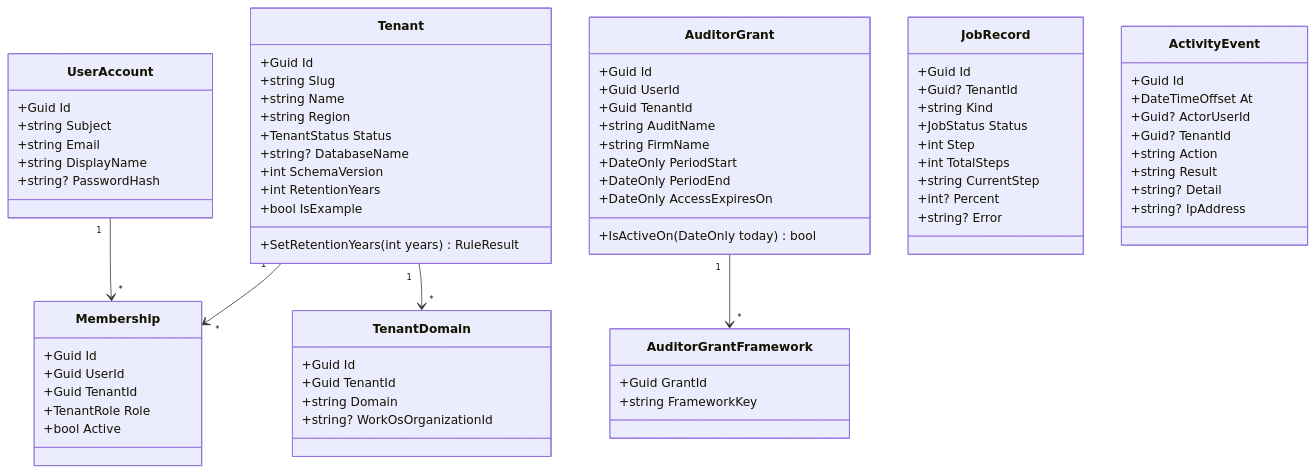
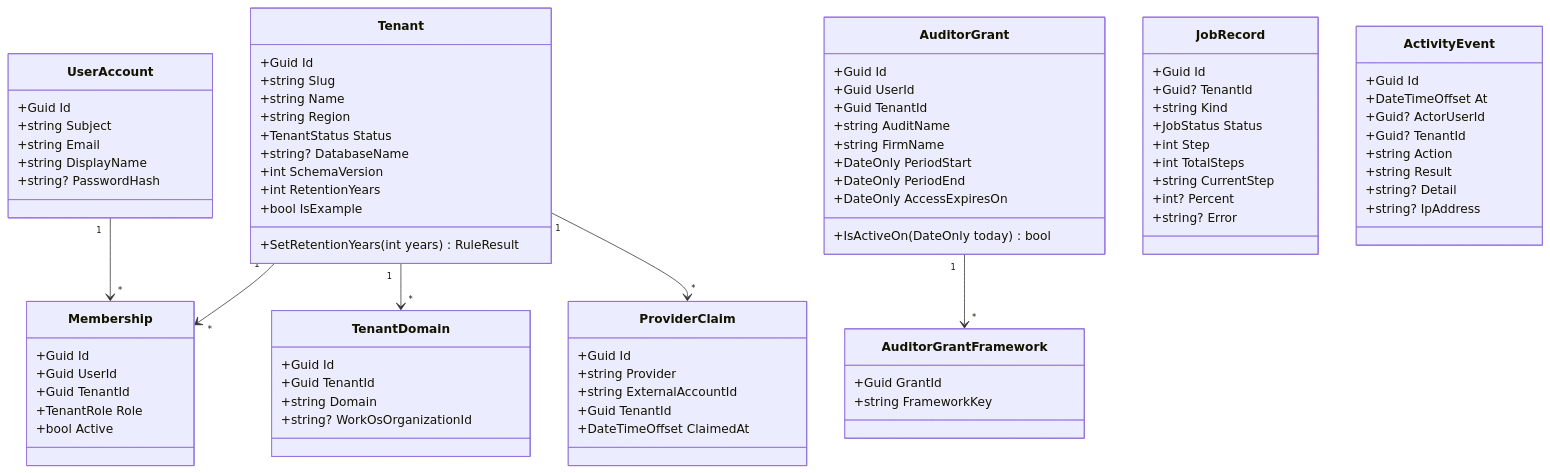
One commit to cvpeceee/D2DAuditServices changed the first of 6 diagrams in docs/CLASS_DIAGRAMS.md. Above: the diagram before and after it, drawn with Mermaid. The commit also changed other lines of this file and 68 other files, not shown here.

````diff
--- a/docs/CLASS_DIAGRAMS.md
+++ b/docs/CLASS_DIAGRAMS.md
@@ -53,6 +53,13 @@
         +string Domain
         +string? WorkOsOrganizationId
     }
+    class ProviderClaim {
+        +Guid Id
+        +string Provider
+        +string ExternalAccountId
+        +Guid TenantId
+        +DateTimeOffset ClaimedAt
+    }
     class JobRecord {
         +Guid Id
         +Guid? TenantId
@@ -78,5 +85,6 @@
     Tenant "1" --> "*" Membership
     UserAccount "1" --> "*" Membership
     Tenant "1" --> "*" TenantDomain
+    Tenant "1" --> "*" ProviderClaim
     AuditorGrant "1" --> "*" AuditorGrantFramework
 ```
````
